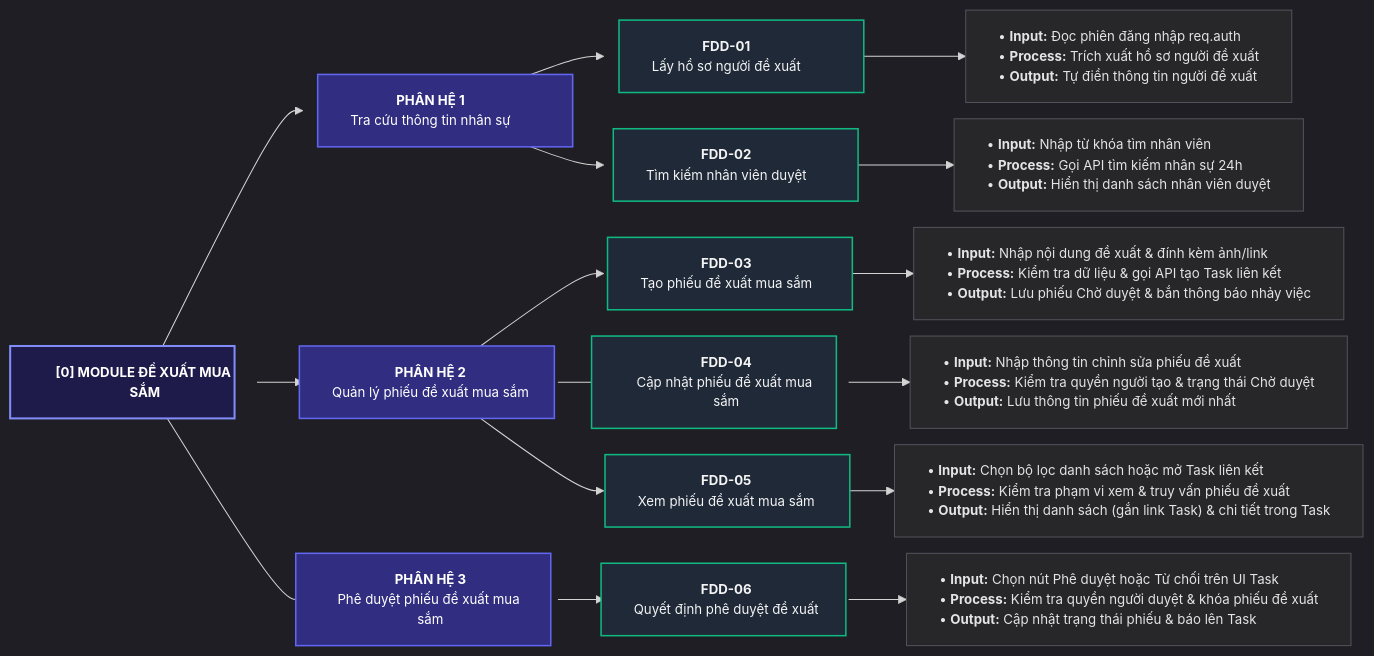
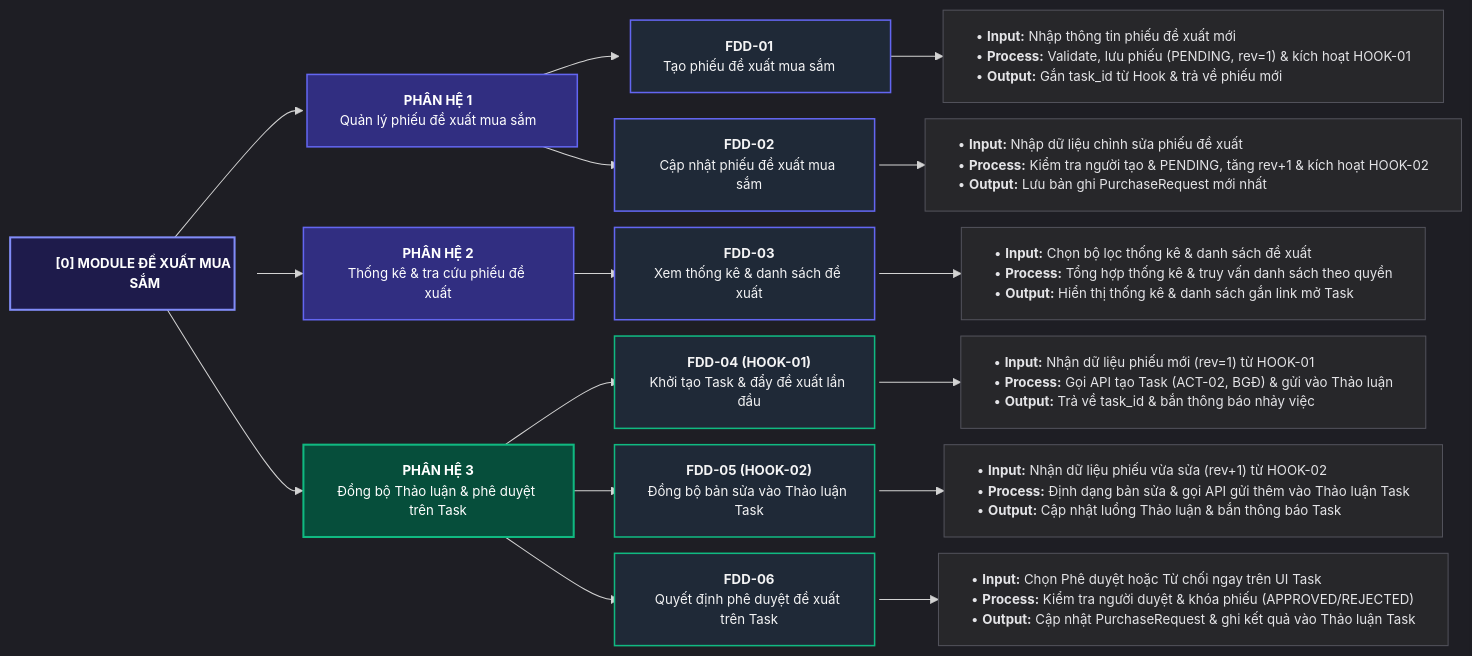
The diagram in md/analysis/4-fdd-and-rbac.md (hungnm3112/project-purchase-requisition), drawn with Mermaid before and after one commit. The commit also changed other lines of this file and 5 other files, not shown here.

````diff
--- a/md/analysis/4-fdd-and-rbac.md
+++ b/md/analysis/4-fdd-and-rbac.md
@@ -42,53 +41,55 @@
 ```mermaid
 %%{init: {
   'theme': 'dark',
   'themeVariables': { 'fontSize': '13px' },
   'flowchart': {
     'rankSpacing': 45,
     'nodeSpacing': 16,
     'padding': 16
   }
 }}%%
 flowchart LR
     %% Cấp 0: Root Node
     ROOT["<b>[0] MODULE ĐỀ XUẤT MUA SẮM</b>"]:::rootNode
 
     %% Cấp 1: 3 Phân hệ nghiệp vụ (Động từ + Danh từ)
-    M1["<b>PHÂN HỆ 1</b><br/>Tra cứu thông tin nhân sự"]:::moduleNode
-    M2["<b>PHÂN HỆ 2</b><br/>Quản lý phiếu đề xuất mua sắm"]:::moduleNode
-    M3["<b>PHÂN HỆ 3</b><br/>Phê duyệt phiếu đề xuất mua sắm"]:::moduleNode
+    M1["<b>PHÂN HỆ 1</b><br/>Quản lý phiếu đề xuất mua sắm"]:::moduleNode
+    M2["<b>PHÂN HỆ 2</b><br/>Thống kê & tra cứu phiếu đề xuất"]:::moduleNode
+    M3["<b>PHÂN HỆ 3</b><br/>Đồng bộ Thảo luận & phê duyệt trên Task"]:::taskModuleNode
 
     ROOT --> M1 & M2 & M3
 
     %% Cấp 2: 6 Chức năng đơn nhiệm (Động từ + Danh từ)
-    F01["<b>FDD-01</b><br/>Lấy hồ sơ người đề xuất"]:::funcNode
-    F02["<b>FDD-02</b><br/>Tìm kiếm nhân viên duyệt"]:::funcNode
+    F01["<b>FDD-01</b><br/>Tạo phiếu đề xuất mua sắm"]:::funcNode
+    F02["<b>FDD-02</b><br/>Cập nhật phiếu đề xuất mua sắm"]:::funcNode
     M1 --> F01 & F02
 
-    F03["<b>FDD-03</b><br/>Tạo phiếu đề xuất mua sắm"]:::funcNode
-    F04["<b>FDD-04</b><br/>Cập nhật phiếu đề xuất mua sắm"]:::funcNode
-    F05["<b>FDD-05</b><br/>Xem phiếu đề xuất mua sắm"]:::funcNode
-    M2 --> F03 & F04 & F05
+    F03["<b>FDD-03</b><br/>Xem thống kê & danh sách đề xuất"]:::funcNode
+    M2 --> F03
 
-    F06["<b>FDD-06</b><br/>Quyết định phê duyệt đề xuất"]:::funcNode
-    M3 --> F06
+    F04["<b>FDD-04 (HOOK-01)</b><br/>Khởi tạo Task & đẩy đề xuất lần đầu"]:::taskFuncNode
+    F05["<b>FDD-05 (HOOK-02)</b><br/>Đồng bộ bản sửa vào Thảo luận Task"]:::taskFuncNode
+    F06["<b>FDD-06</b><br/>Quyết định phê duyệt đề xuất trên Task"]:::taskFuncNode
+    M3 --> F04 & F05 & F06
 
     %% Cấp 3: Tác vụ chi tiết - Nhịp IPO (Động từ + Danh từ)
-    F01 --> IPO01["• <b>Input:</b> Đọc phiên đăng nhập req.auth<br/>• <b>Process:</b> Trích xuất hồ sơ người đề xuất<br/>• <b>Output:</b> Tự điền thông tin người đề xuất"]:::ipoNode
+    F01 --> IPO01["• <b>Input:</b> Nhập thông tin phiếu đề xuất mới<br/>• <b>Process:</b> Validate, lưu phiếu (PENDING, rev=1) & kích hoạt HOOK-01<br/>• <b>Output:</b> Gắn task_id từ Hook & trả về phiếu mới"]:::ipoNode
 
-    F02 --> IPO02["• <b>Input:</b> Nhập từ khóa tìm nhân viên<br/>• <b>Process:</b> Gọi API tìm kiếm nhân sự 24h<br/>• <b>Output:</b> Hiển thị danh sách nhân viên duyệt"]:::ipoNode
+    F02 --> IPO02["• <b>Input:</b> Nhập dữ liệu chỉnh sửa phiếu đề xuất<br/>• <b>Process:</b> Kiểm tra người tạo & PENDING, tăng rev+1 & kích hoạt HOOK-02<br/>• <b>Output:</b> Lưu bản ghi PurchaseRequest mới nhất"]:::ipoNode
 
-    F03 --> IPO03["• <b>Input:</b> Nhập nội dung đề xuất & đính kèm ảnh/link<br/>• <b>Process:</b> Kiểm tra dữ liệu & gọi API tạo Task liên kết<br/>• <b>Output:</b> Lưu phiếu Chờ duyệt & bắn thông báo nhảy việc"]:::ipoNode
+    F03 --> IPO03["• <b>Input:</b> Chọn bộ lọc thống kê & danh sách đề xuất<br/>• <b>Process:</b> Tổng hợp thống kê & truy vấn danh sách theo quyền<br/>• <b>Output:</b> Hiển thị thống kê & danh sách gắn link mở Task"]:::ipoNode
 
-    F04 --> IPO04["• <b>Input:</b> Nhập thông tin chỉnh sửa phiếu đề xuất<br/>• <b>Process:</b> Kiểm tra quyền người tạo & trạng thái Chờ duyệt<br/>• <b>Output:</b> Lưu thông tin phiếu đề xuất mới nhất"]:::ipoNode
+    F04 --> IPO04["• <b>Input:</b> Nhận dữ liệu phiếu mới (rev=1) từ HOOK-01<br/>• <b>Process:</b> Gọi API tạo Task (ACT-02, BGĐ) & gửi vào Thảo luận<br/>• <b>Output:</b> Trả về task_id & bắn thông báo nhảy việc"]:::ipoNode
 
-    F05 --> IPO05["• <b>Input:</b> Chọn bộ lọc danh sách hoặc mở Task liên kết<br/>• <b>Process:</b> Kiểm tra phạm vi xem & truy vấn phiếu đề xuất<br/>• <b>Output:</b> Hiển thị danh sách (gắn link Task) & chi tiết trong Task"]:::ipoNode
+    F05 --> IPO05["• <b>Input:</b> Nhận dữ liệu phiếu vừa sửa (rev+1) từ HOOK-02<br/>• <b>Process:</b> Định dạng bản sửa & gọi API gửi thêm vào Thảo luận Task<br/>• <b>Output:</b> Cập nhật luồng Thảo luận & bắn thông báo Task"]:::ipoNode
 
-    F06 --> IPO06["• <b>Input:</b> Chọn nút Phê duyệt hoặc Từ chối trên UI Task<br/>• <b>Process:</b> Kiểm tra quyền người duyệt & khóa phiếu đề xuất<br/>• <b>Output:</b> Cập nhật trạng thái phiếu & báo lên Task"]:::ipoNode
+    F06 --> IPO06["• <b>Input:</b> Chọn Phê duyệt hoặc Từ chối ngay trên UI Task<br/>• <b>Process:</b> Kiểm tra người duyệt & khóa phiếu (APPROVED/REJECTED)<br/>• <b>Output:</b> Cập nhật PurchaseRequest & ghi kết quả vào Thảo luận Task"]:::ipoNode
 
     %% Cố định kích thước khung 4 cột chuẩn
     classDef rootNode fill:#1e1b4b,stroke:#818cf8,stroke-width:2px,color:#ffffff,width:220px;
-    classDef moduleNode fill:#312e81,stroke:#6366f1,stroke-width:1.5px,color:#ffffff,width:250px;
-    classDef funcNode fill:#1f2937,stroke:#10b981,stroke-width:1.5px,color:#f4f4f5,width:240px;
+    classDef moduleNode fill:#312e81,stroke:#6366f1,stroke-width:1.5px,color:#ffffff,width:265px;
+    classDef taskModuleNode fill:#064e3b,stroke:#10b981,stroke-width:2px,color:#ffffff,width:265px;
+    classDef funcNode fill:#1f2937,stroke:#6366f1,stroke-width:1.5px,color:#f4f4f5,width:255px;
+    classDef taskFuncNode fill:#1f2937,stroke:#10b981,stroke-width:1.5px,color:#f4f4f5,width:255px;
     classDef ipoNode fill:#27272a,stroke:#52525b,stroke-width:1px,color:#e4e4e7,text-align:left,white-space:nowrap;
 ```
````
